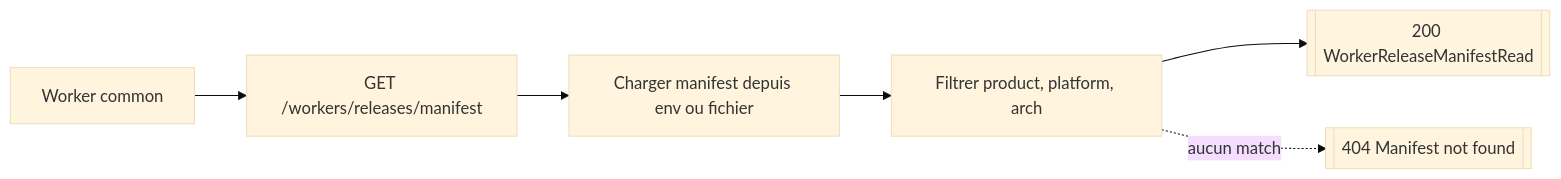
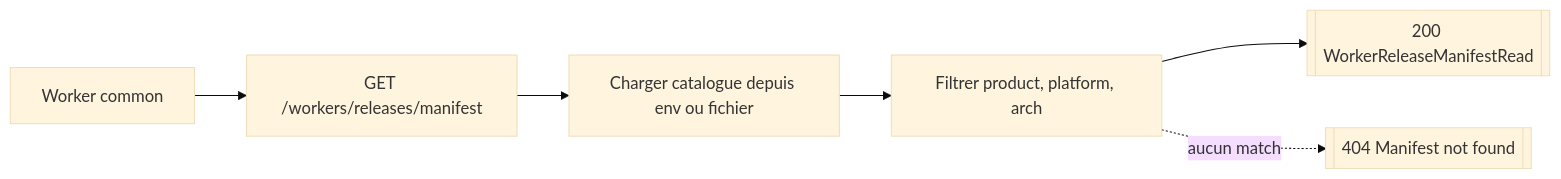
The sixth of 8 diagrams in backend/routes/workers.md (Manifeed/docs), drawn with Mermaid (base theme) before and after one commit. The commit also changed other lines of this file and 1 other file, not shown here.

````diff
--- a/backend/routes/workers.md
+++ b/backend/routes/workers.md
@@ -187,8 +187,8 @@
 ```mermaid
 flowchart LR
     worker["Worker common"] --> route["GET /workers/releases/manifest"]
-    route --> config["Charger manifest depuis env ou fichier"]
+    route --> config["Charger catalogue depuis env ou fichier"]
     config --> match["Filtrer product, platform, arch"]
     match --> response[["200 WorkerReleaseManifestRead"]]
     match -. aucun match .-> e404[["404 Manifest not found"]]
 ```
````
